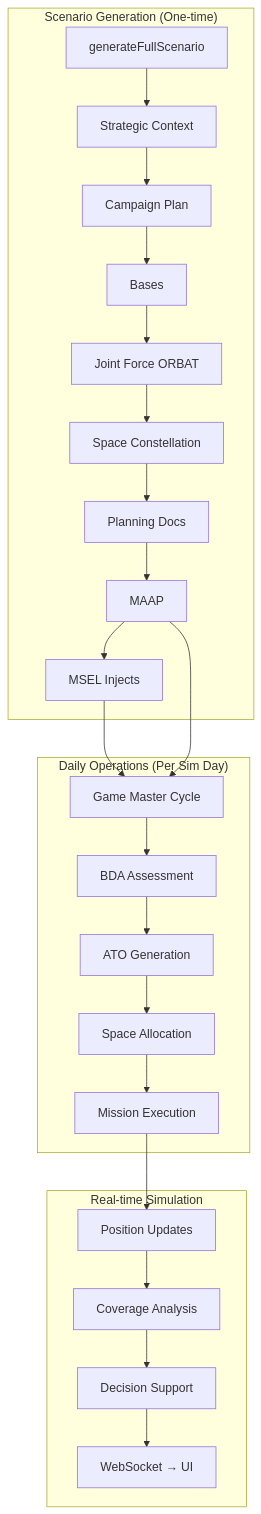
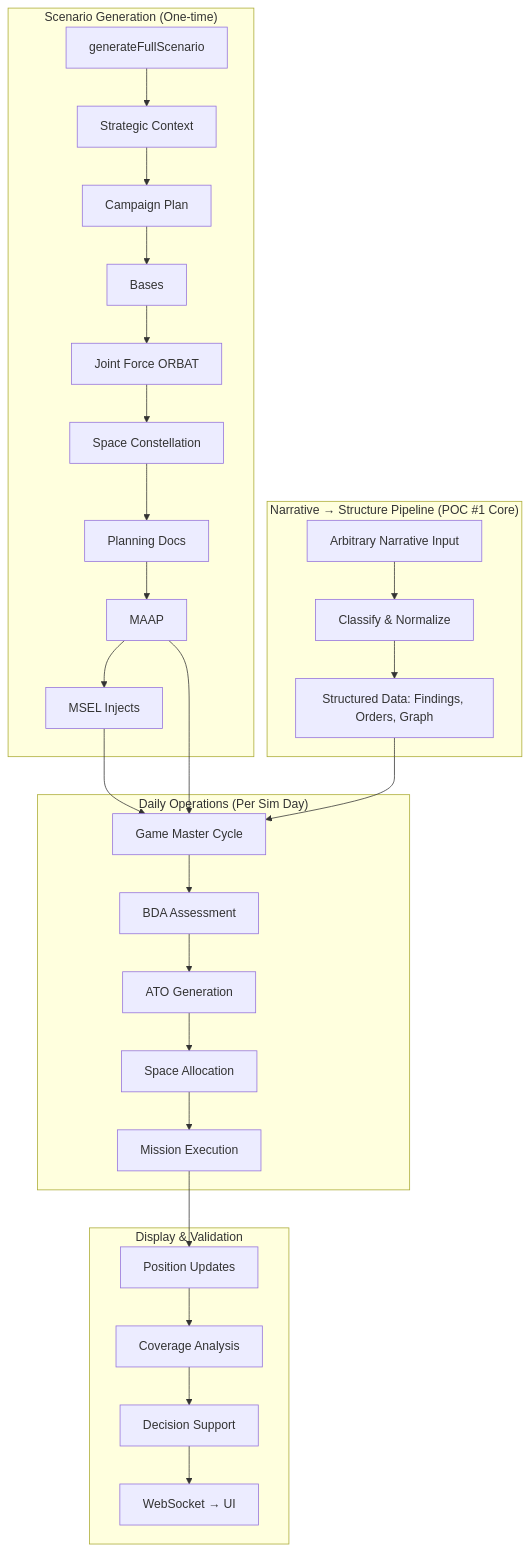
One commit to neg-0/overwatch changed the diagram in docs/architecture.md. Above: the diagram before and after it, drawn with Mermaid. The commit also changed other lines of this file and 6 other files, not shown here.

First line of the commit message:
docs: reframe POC #1 as narrative-to-structure pipeline

````diff
--- a/docs/architecture.md
+++ b/docs/architecture.md
@@ -81,30 +95,36 @@
 ```mermaid
 graph TB
+    subgraph "Narrative → Structure Pipeline (POC #1 Core)"
+        X[Arbitrary Narrative Input] --> Y[Classify & Normalize]
+        Y --> Z[Structured Data: Findings, Orders, Graph]
+    end
+
     subgraph "Scenario Generation (One-time)"
         A[generateFullScenario] --> B[Strategic Context]
         B --> C[Campaign Plan]
         C --> D[Bases]
         D --> E[Joint Force ORBAT]
         E --> F[Space Constellation]
         F --> G[Planning Docs]
         G --> H[MAAP]
         H --> I[MSEL Injects]
     end
 
     subgraph "Daily Operations (Per Sim Day)"
         J[Game Master Cycle] --> K[BDA Assessment]
         K --> L[ATO Generation]
         L --> M[Space Allocation]
         M --> N[Mission Execution]
     end
 
-    subgraph "Real-time Simulation"
+    subgraph "Display & Validation"
         N --> O[Position Updates]
         O --> P[Coverage Analysis]
         P --> Q[Decision Support]
         Q --> R[WebSocket → UI]
     end
 
     I --> J
     H --> J
+    Z --> J
 ```
````
